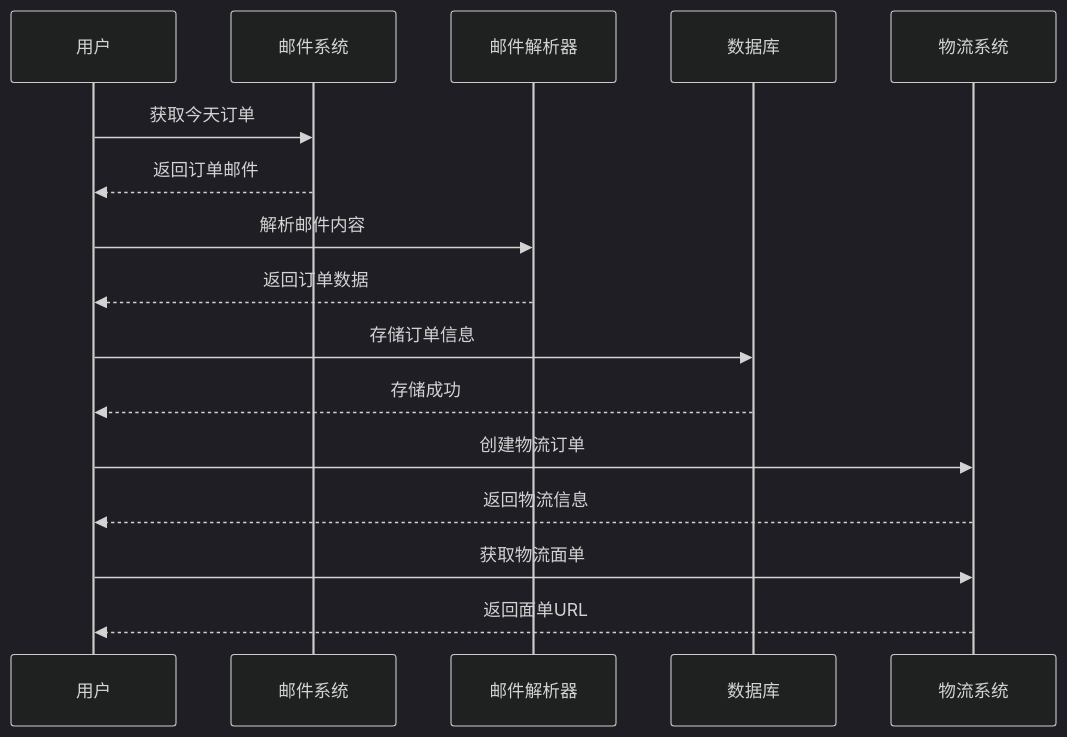
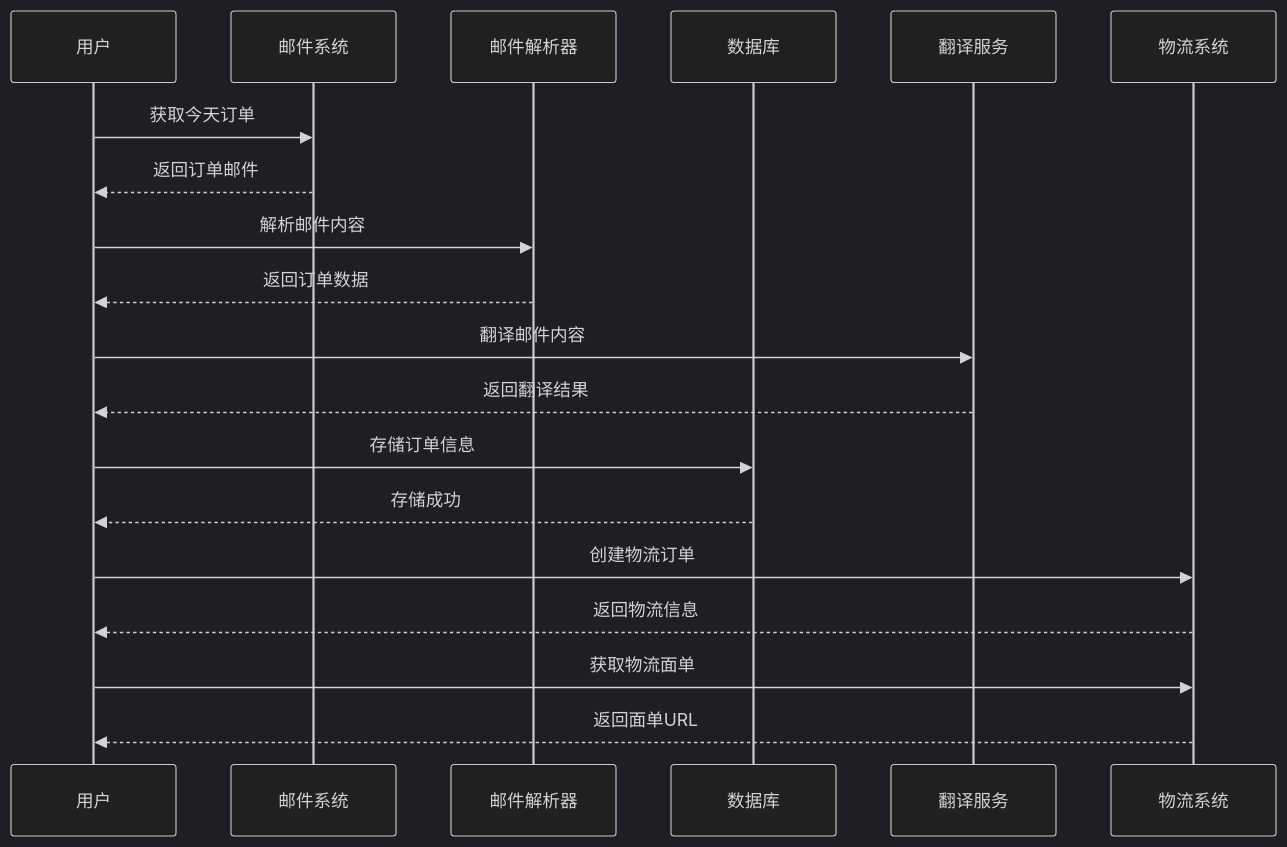
One commit to SY6621/POD-Order-Management changed the fifth of 21 diagrams in .qoder/repowiki/zh/content/开发指南/测试与开发工具.md. Above: the diagram before and after it, drawn with Mermaid (dark theme). The commit also changed other lines of this file and 20 other files, not shown here.

````diff
--- a/.qoder/repowiki/zh/content/开发指南/测试与开发工具.md
+++ b/.qoder/repowiki/zh/content/开发指南/测试与开发工具.md
@@ -261,18 +297,21 @@
 ```mermaid
 sequenceDiagram
 participant User as 用户
 participant Email as 邮件系统
 participant Parser as 邮件解析器
 participant DB as 数据库
+participant Translation as 翻译服务
 participant Logistics as 物流系统
 User->>Email : 获取今天订单
 Email-->>User : 返回订单邮件
 User->>Parser : 解析邮件内容
 Parser-->>User : 返回订单数据
+User->>Translation : 翻译邮件内容
+Translation-->>User : 返回翻译结果
 User->>DB : 存储订单信息
 DB-->>User : 存储成功
 User->>Logistics : 创建物流订单
 Logistics-->>User : 返回物流信息
 User->>Logistics : 获取物流面单
 Logistics-->>User : 返回面单URL
 ```
````
